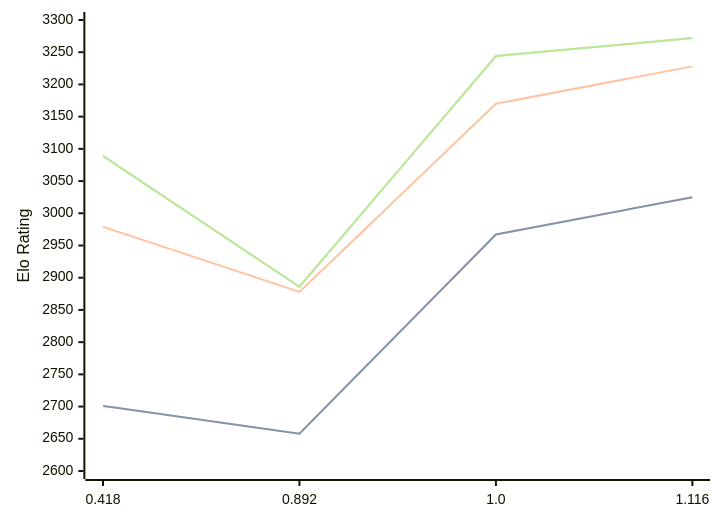
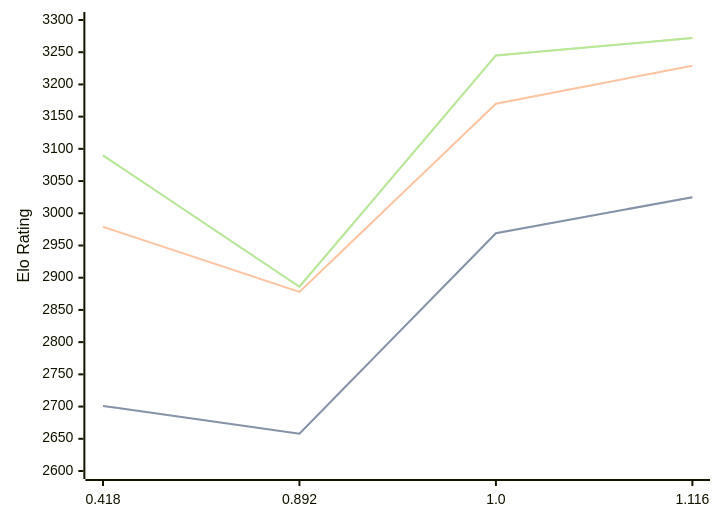
One commit to computer-chess-index/cci changed the diagram in engines/Malika.md. Above: the diagram before and after it, drawn with Mermaid. The commit also changed other lines of this file, not shown here.

Commit message:
Update CCI Ratings (ELO VLTC) - 2026-05-22

````diff
--- a/engines/Malika.md
+++ b/engines/Malika.md
@@ -34,11 +34,11 @@
 ```mermaid
 %%{init: {"theme":"base","themeVariables":{"seriesColors:['#a3a3a3','#222221','#faa371']}}}%%
 xychart-beta
   x-axis ["0.418", "0.892", "1.0", "1.116"]
   y-axis "Elo Rating" 2600 --> 3300
-  line "STC (8.0+0.08s)" [2701, 2658, 2967, 3025]
-  line "STC (8.0+0.08s)" [2701, 2658, 2967, 3025]
-  line "LTC (60.0+0.60s)" [2979, 2878, 3170, 3228]
-  line "VLTC (2m24s+1.12s)" [3089, 2886, 3244, 3272]
-  line "VLTC (2m24s+1.12s)" [3089, 2886, 3244, 3272]
+  line "STC (8.0+0.08s)" [2701, 2658, 2969, 3025]
+  line "STC (8.0+0.08s)" [2701, 2658, 2969, 3025]
+  line "LTC (60.0+0.60s)" [2979, 2878, 3170, 3229]
+  line "VLTC (2m24s+1.12s)" [3090, 2886, 3245, 3272]
+  line "VLTC (2m24s+1.12s)" [3090, 2886, 3245, 3272]
 ```
````
